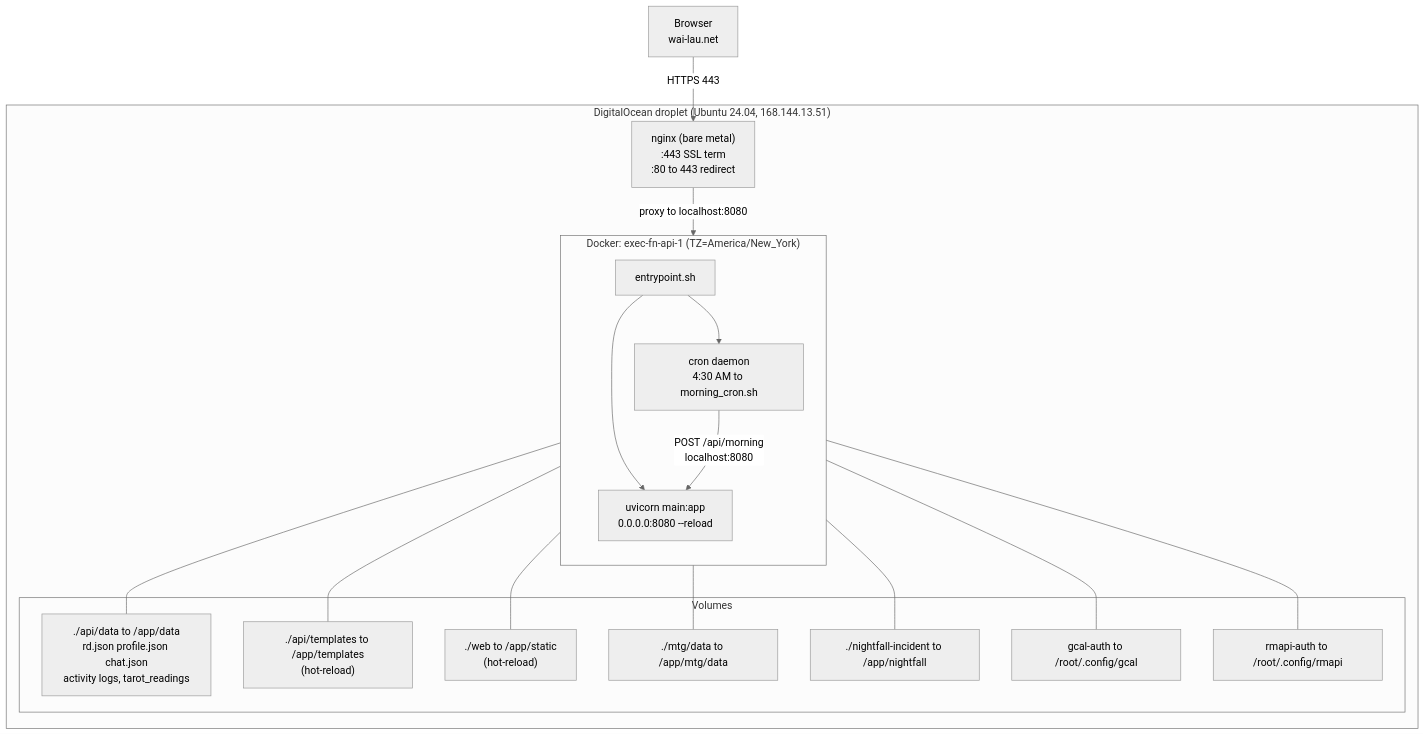
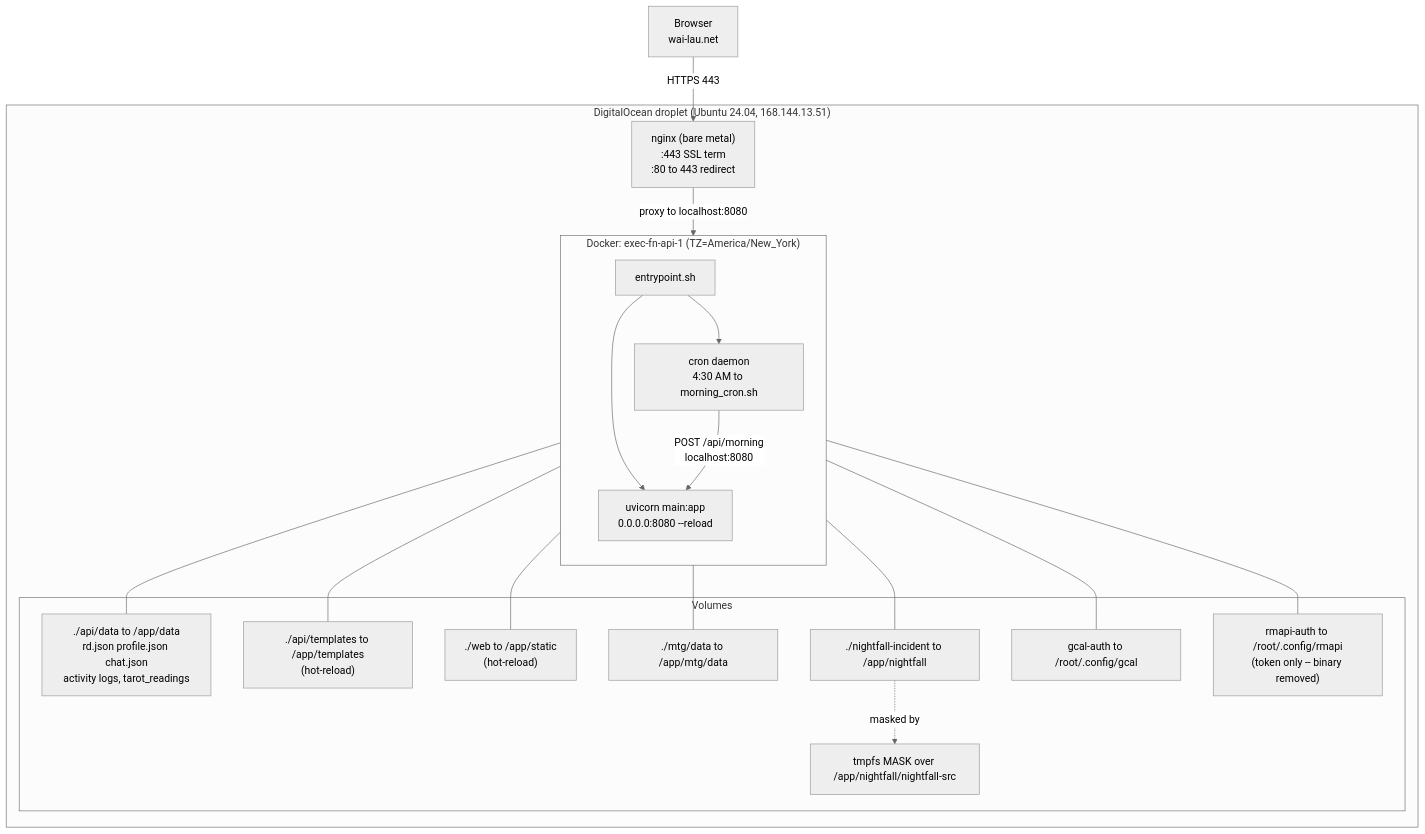
The first of 9 diagrams in ARCHITECTURE.md (wai-lau/exec-fn), drawn with Mermaid (neutral theme) before and after one commit. The commit also changed other lines of this file and 4 other files, not shown here.

````diff
--- a/ARCHITECTURE.md
+++ b/ARCHITECTURE.md
@@ -23,39 +23,41 @@
 ```mermaid
 flowchart TB
   browser["Browser<br/>wai-lau.net"]
 
   subgraph droplet["DigitalOcean droplet (Ubuntu 24.04, 168.144.13.51)"]
     nginx["nginx (bare metal)<br/>:443 SSL term<br/>:80 to 443 redirect"]
 
     subgraph container["Docker: exec-fn-api-1 (TZ=America/New_York)"]
       direction TB
       entry["entrypoint.sh"]
       cron["cron daemon<br/>4:30 AM to morning_cron.sh"]
       uvicorn["uvicorn main:app<br/>0.0.0.0:8080 --reload"]
       entry --> cron
       entry --> uvicorn
       cron -->|"POST /api/morning<br/>localhost:8080"| uvicorn
     end
 
     subgraph vols["Volumes"]
       data["./api/data to /app/data<br/>rd.json profile.json chat.json<br/>activity logs, tarot_readings"]
       tmpl["./api/templates to /app/templates<br/>(hot-reload)"]
       web["./web to /app/static<br/>(hot-reload)"]
       mtgd["./mtg/data to /app/mtg/data"]
       night["./nightfall-incident to /app/nightfall"]
       gcal["gcal-auth to /root/.config/gcal"]
-      rmapi["rmapi-auth to /root/.config/rmapi"]
+      rmapi["rmapi-auth to /root/.config/rmapi<br/>(token only -- binary removed)"]
+      nfsrc["tmpfs MASK over /app/nightfall/nightfall-src"]
     end
 
     uvicorn --- data
     uvicorn --- tmpl
     uvicorn --- web
     uvicorn --- mtgd
     uvicorn --- night
     uvicorn --- gcal
     uvicorn --- rmapi
+    night -.masked by.-> nfsrc
   end
 
   browser -->|HTTPS 443| nginx
   nginx -->|"proxy to localhost:8080"| uvicorn
 ```
````
